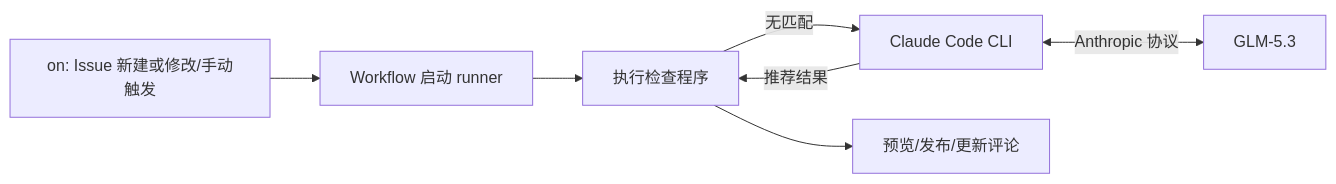
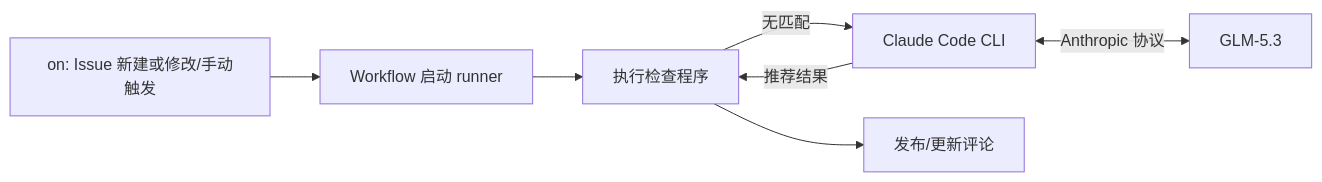
Before and after one commit to dune0310421/CommunityGovAgent: the diagram in issueGovAgent/README.md, drawn with Mermaid. The commit also changed other lines of this file and 5 other files, not shown here.

````diff
--- a/issueGovAgent/README.md
+++ b/issueGovAgent/README.md
@@ -20,9 +32,9 @@
 ```mermaid
 flowchart LR
   A[on: Issue 新建或修改/手动触发] --> B[Workflow 启动 runner]
   B --> C[执行检查程序]
   C -->|无匹配| T[Claude Code CLI]
   T <-->|Anthropic 协议| L[GLM-5.3]
   T -->|推荐结果| C
-  C --> D[预览/发布/更新评论]
+  C --> D[发布/更新评论]
 ```
````
